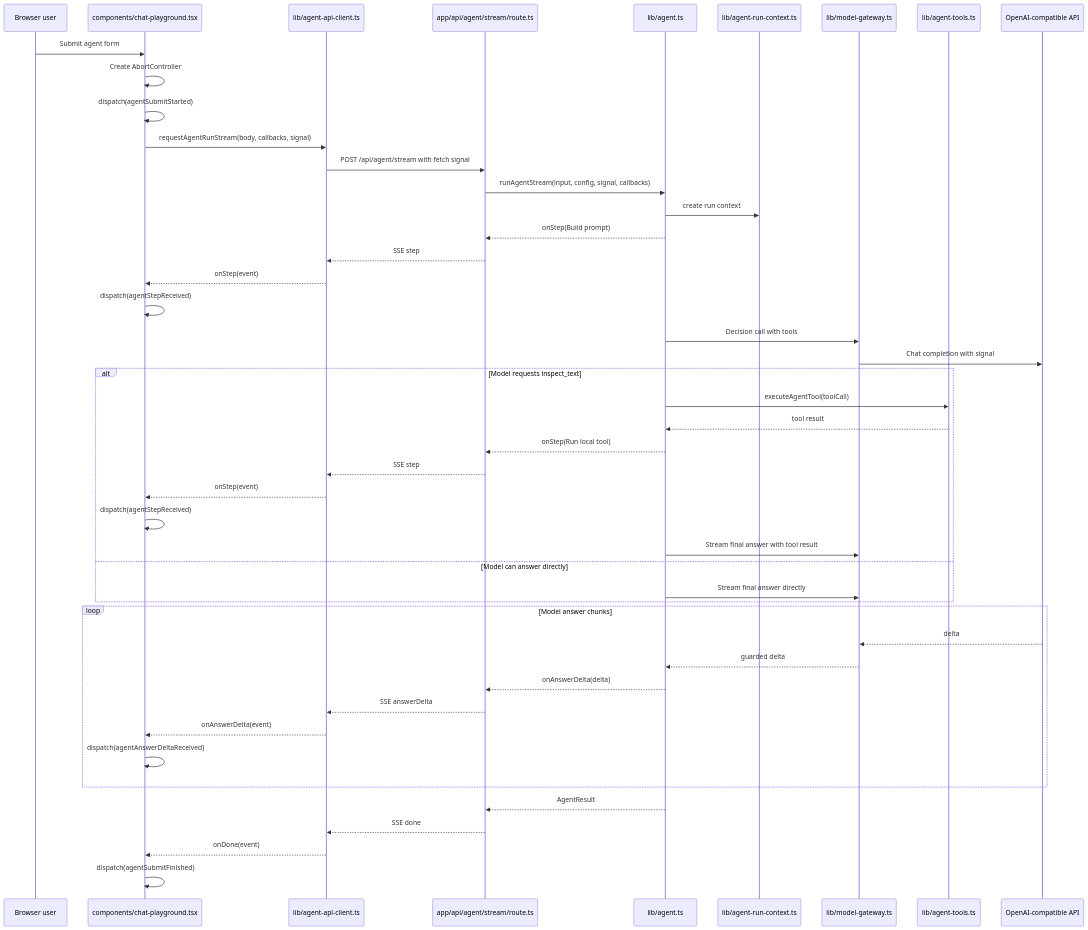
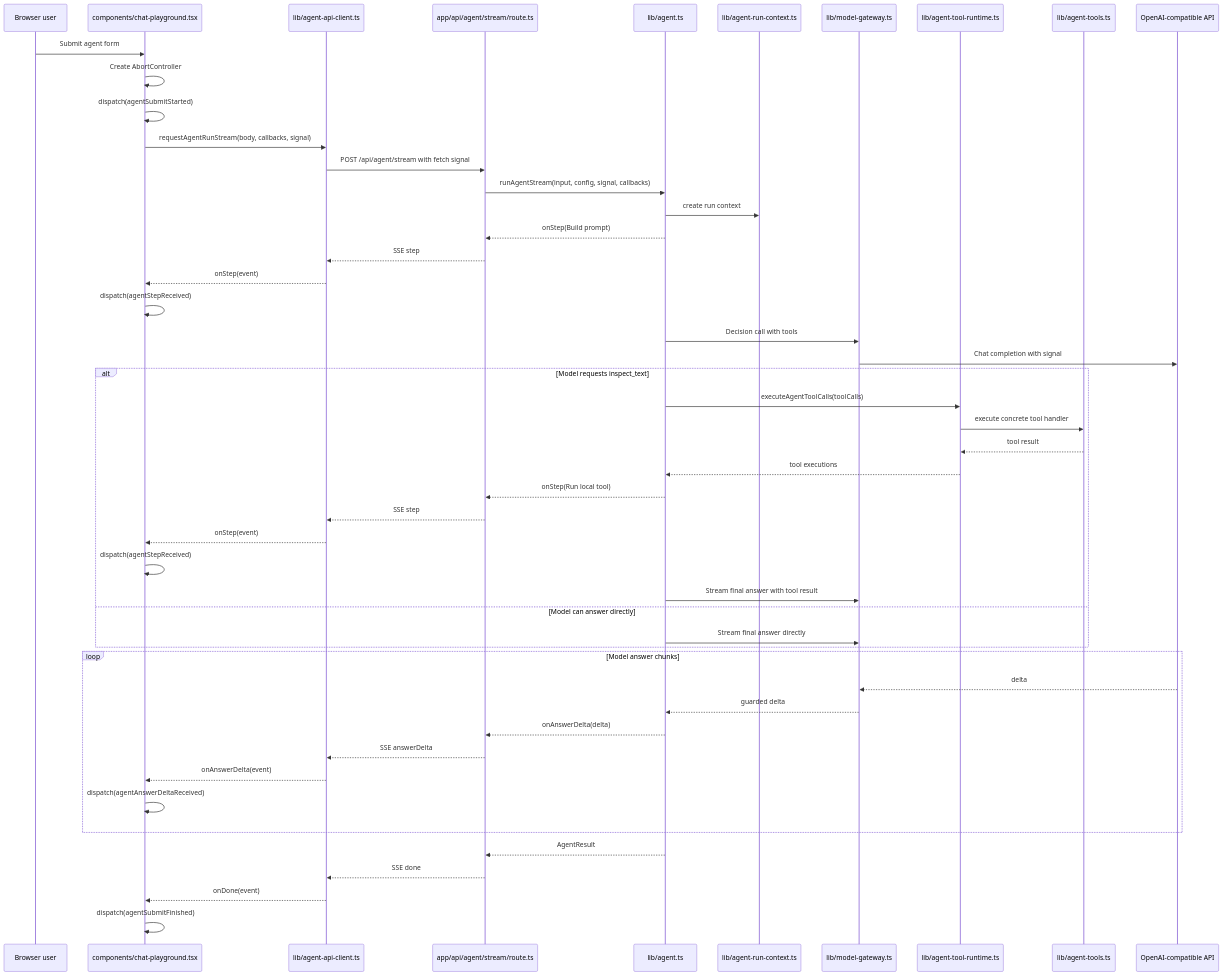
One commit to Liang-HZ/inspectable-agent-harness changed the third of 3 diagrams in docs/architecture.md. Above: the diagram before and after it, drawn with Mermaid. The commit also changed other lines of this file and 3 other files, not shown here.

Commit message:
Add agent tool runtime boundary

````diff
--- a/docs/architecture.md
+++ b/docs/architecture.md
@@ -265,49 +279,52 @@
 ```mermaid
 sequenceDiagram
   participant User as Browser user
   participant UI as components/chat-playground.tsx
   participant Client as lib/agent-api-client.ts
   participant Route as app/api/agent/stream/route.ts
   participant Agent as lib/agent.ts
   participant Context as lib/agent-run-context.ts
   participant Gateway as lib/model-gateway.ts
+  participant ToolRuntime as lib/agent-tool-runtime.ts
   participant Tools as lib/agent-tools.ts
   participant Model as OpenAI-compatible API
 
   User->>UI: Submit agent form
   UI->>UI: Create AbortController
   UI->>UI: dispatch(agentSubmitStarted)
   UI->>Client: requestAgentRunStream(body, callbacks, signal)
   Client->>Route: POST /api/agent/stream with fetch signal
   Route->>Agent: runAgentStream(input, config, signal, callbacks)
   Agent->>Context: create run context
   Agent-->>Route: onStep(Build prompt)
   Route-->>Client: SSE step
   Client-->>UI: onStep(event)
   UI->>UI: dispatch(agentStepReceived)
   Agent->>Gateway: Decision call with tools
   Gateway->>Model: Chat completion with signal
   alt Model requests inspect_text
-    Agent->>Tools: executeAgentTool(toolCall)
-    Tools-->>Agent: tool result
+    Agent->>ToolRuntime: executeAgentToolCalls(toolCalls)
+    ToolRuntime->>Tools: execute concrete tool handler
+    Tools-->>ToolRuntime: tool result
+    ToolRuntime-->>Agent: tool executions
     Agent-->>Route: onStep(Run local tool)
     Route-->>Client: SSE step
     Client-->>UI: onStep(event)
     UI->>UI: dispatch(agentStepReceived)
     Agent->>Gateway: Stream final answer with tool result
   else Model can answer directly
     Agent->>Gateway: Stream final answer directly
   end
   loop Model answer chunks
     Model-->>Gateway: delta
     Gateway-->>Agent: guarded delta
     Agent-->>Route: onAnswerDelta(delta)
     Route-->>Client: SSE answerDelta
     Client-->>UI: onAnswerDelta(event)
     UI->>UI: dispatch(agentAnswerDeltaReceived)
   end
   Agent-->>Route: AgentResult
   Route-->>Client: SSE done
   Client-->>UI: onDone(event)
   UI->>UI: dispatch(agentSubmitFinished)
 ```
````
